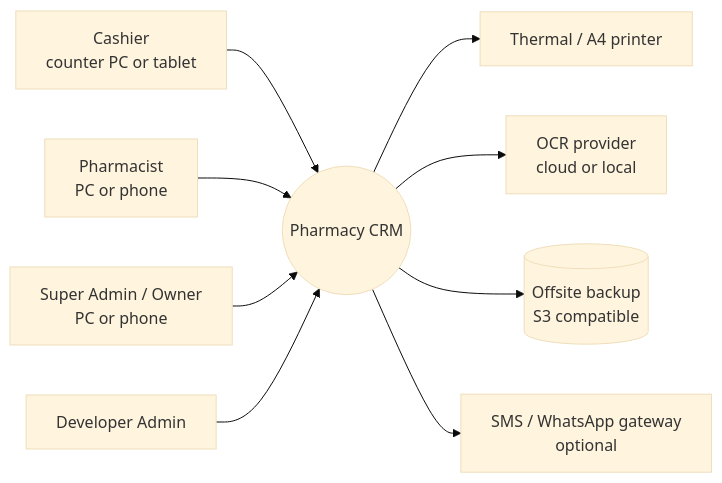
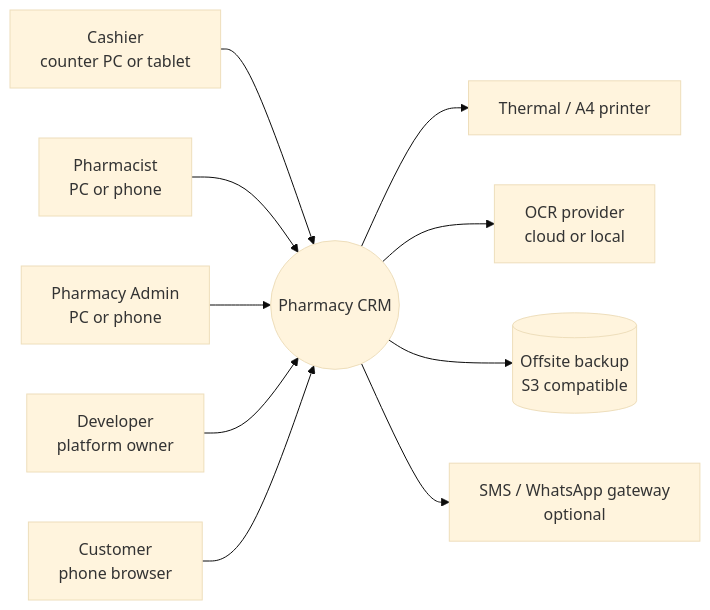
Before and after one commit to sudais-khalid/pharmacy-crm: the first of 8 diagrams in docs/plan/02-architecture.md, drawn with Mermaid (base theme). The commit also changed other lines of this file, not shown here.

First line of the commit message:
Design multi-tenant platform, identity realms and roles

````diff
--- a/docs/plan/02-architecture.md
+++ b/docs/plan/02-architecture.md
@@ -22,21 +23,23 @@
 ```mermaid
 flowchart LR
   cashier[Cashier<br/>counter PC or tablet]
   pharmacist[Pharmacist<br/>PC or phone]
-  owner[Super Admin / Owner<br/>PC or phone]
-  dev[Developer Admin]
+  owner[Pharmacy Admin<br/>PC or phone]
+  dev[Developer<br/>platform owner]
+  customer[Customer<br/>phone browser]
   app((Pharmacy CRM))
   printer[Thermal / A4 printer]
   ocr[OCR provider<br/>cloud or local]
   backup[(Offsite backup<br/>S3 compatible)]
   msg[SMS / WhatsApp gateway<br/>optional]
 
   cashier --> app
   pharmacist --> app
   owner --> app
   dev --> app
+  customer --> app
   app --> printer
   app --> ocr
   app --> backup
   app --> msg
 ```
````
